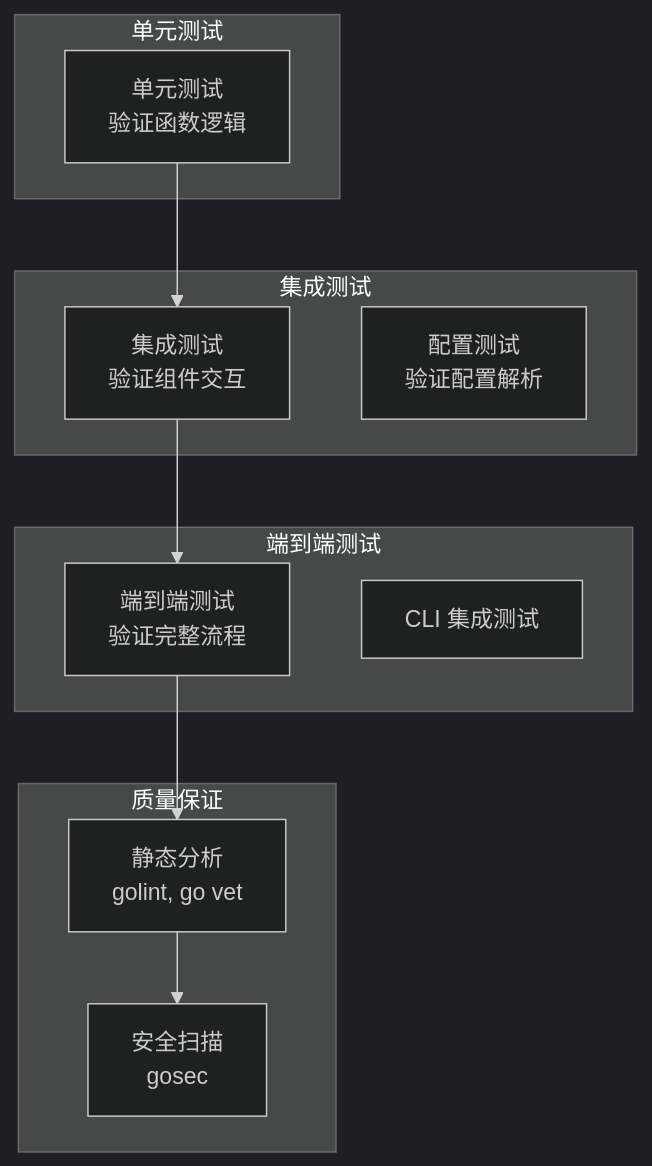
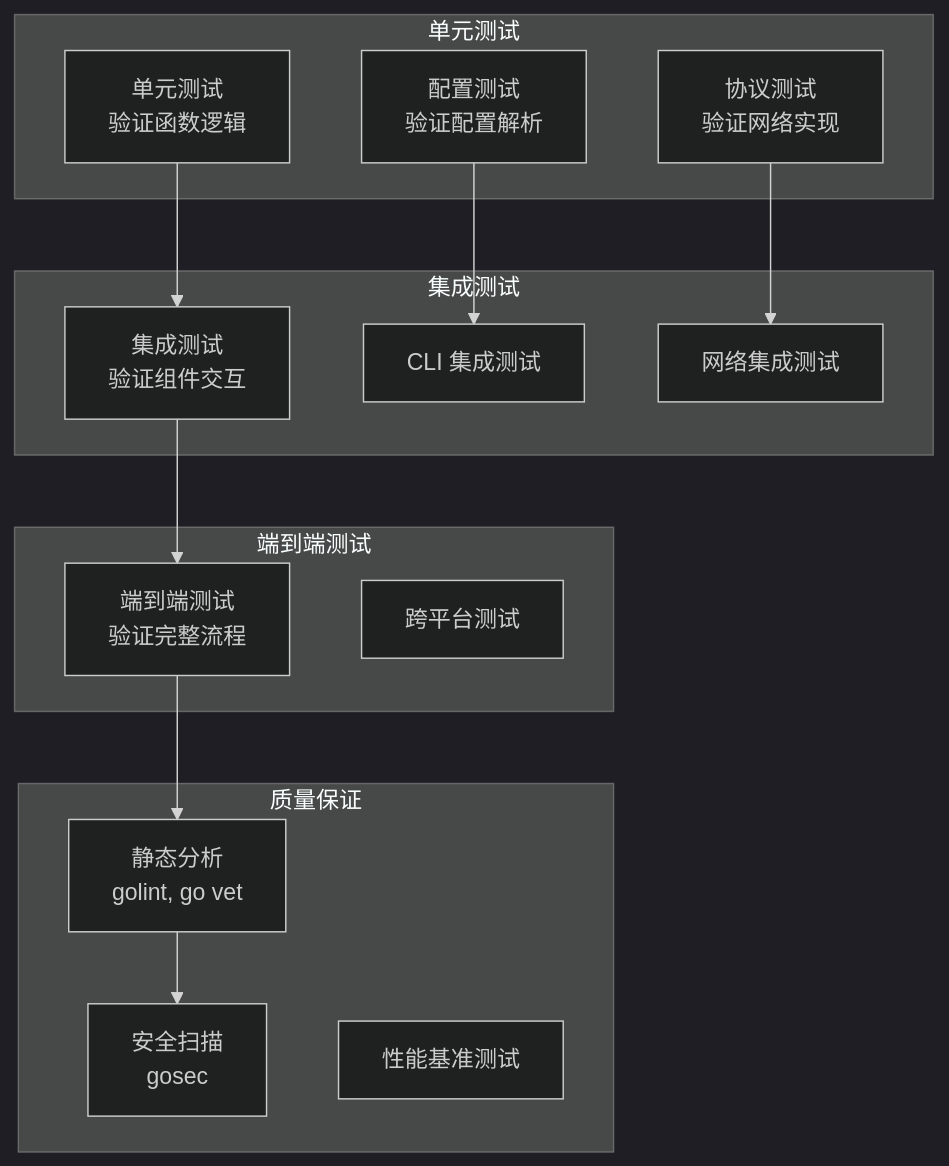
The tenth of 10 diagrams in .qoder/repowiki/zh/content/开发者指南.md (yanzhen74/ping-x), drawn with Mermaid (dark theme) before and after one commit. The commit also changed other lines of this file and 16 other files, not shown here.

````diff
--- a/.qoder/repowiki/zh/content/开发者指南.md
+++ b/.qoder/repowiki/zh/content/开发者指南.md
@@ -408,22 +667,28 @@
 ```mermaid
 graph TB
 subgraph "单元测试"
 UnitTests[单元测试<br/>验证函数逻辑]
+ProtocolTests[协议测试<br/>验证网络实现]
+ConfigTests[配置测试<br/>验证配置解析]
 end
 subgraph "集成测试"
 IntegrationTests[集成测试<br/>验证组件交互]
-ConfigTests[配置测试<br/>验证配置解析]
+CLIIntegration[CLI 集成测试]
+NetworkIntegration[网络集成测试]
 end
 subgraph "端到端测试"
 E2ETests[端到端测试<br/>验证完整流程]
-CLIIntegration[CLI 集成测试]
+CrossPlatformTests[跨平台测试]
 end
 subgraph "质量保证"
 StaticAnalysis[静态分析<br/>golint, go vet]
 SecurityScan[安全扫描<br/>gosec]
+PerformanceBenchmark[性能基准测试]
 end
 UnitTests --> IntegrationTests
 IntegrationTests --> E2ETests
 E2ETests --> StaticAnalysis
 StaticAnalysis --> SecurityScan
+ProtocolTests --> NetworkIntegration
+ConfigTests --> CLIIntegration
 ```
````
